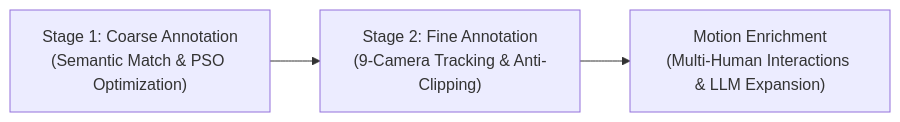
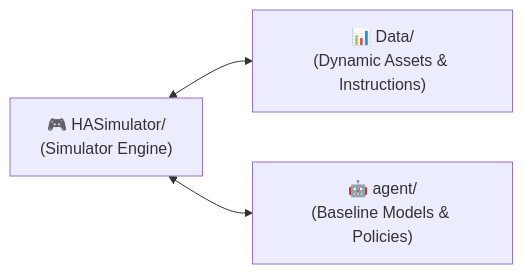
Before and after one commit to JostarXiong/HA-VLN: the diagram in README.md, drawn with Mermaid. The commit also changed other lines of this file and 4 other files, not shown here.

````diff
--- a/README.md
+++ b/README.md
@@ -648,5 +194,5 @@
 ```mermaid
 flowchart LR
-    A["Stage 1: Coarse Annotation<br/>(Semantic Match & PSO Optimization)"] --> B["Stage 2: Fine Annotation<br/>(9-Camera Tracking & Anti-Clipping)"]
-    B --> C["Motion Enrichment<br/>(Multi-Human Interactions & LLM Expansion)"]
+    A["🎮 HASimulator/<br/>(Simulator Engine)"] <--> B["📊 Data/<br/>(Dynamic Assets & Instructions)"]
+    A <--> C["🤖 agent/<br/>(Baseline Models & Policies)"]
 ```
````
